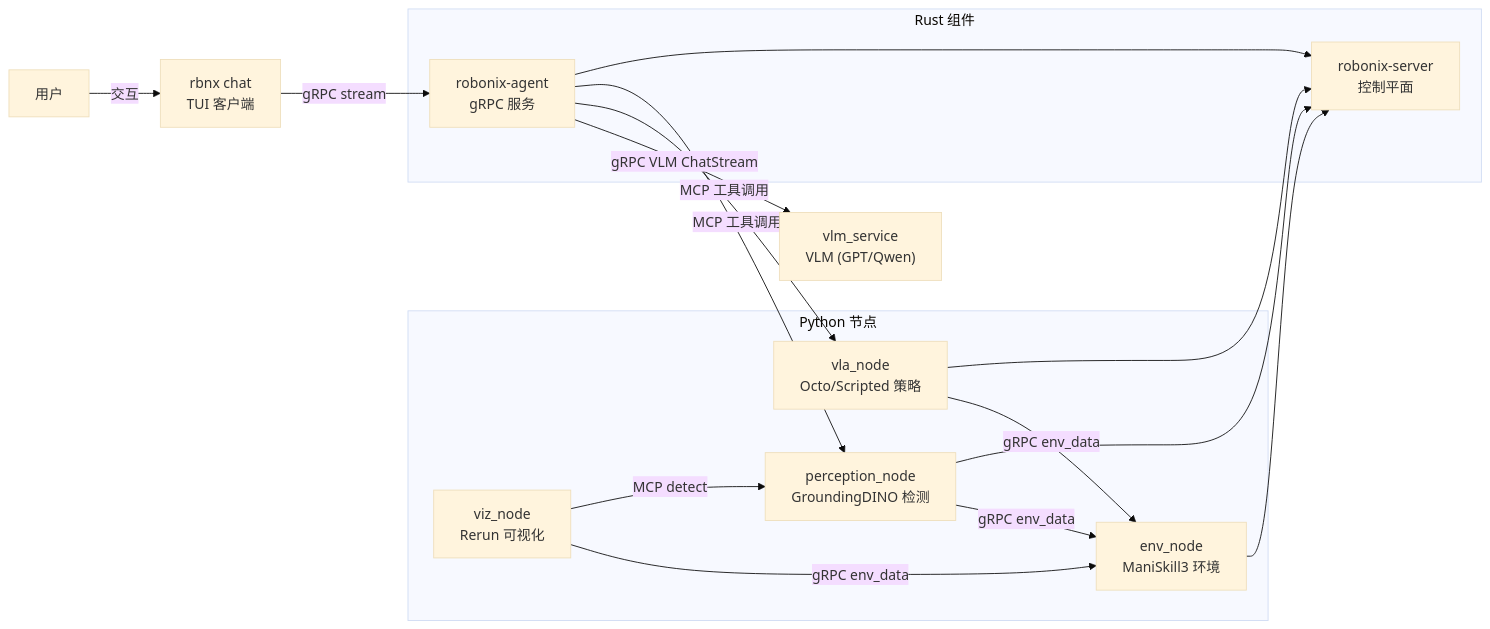
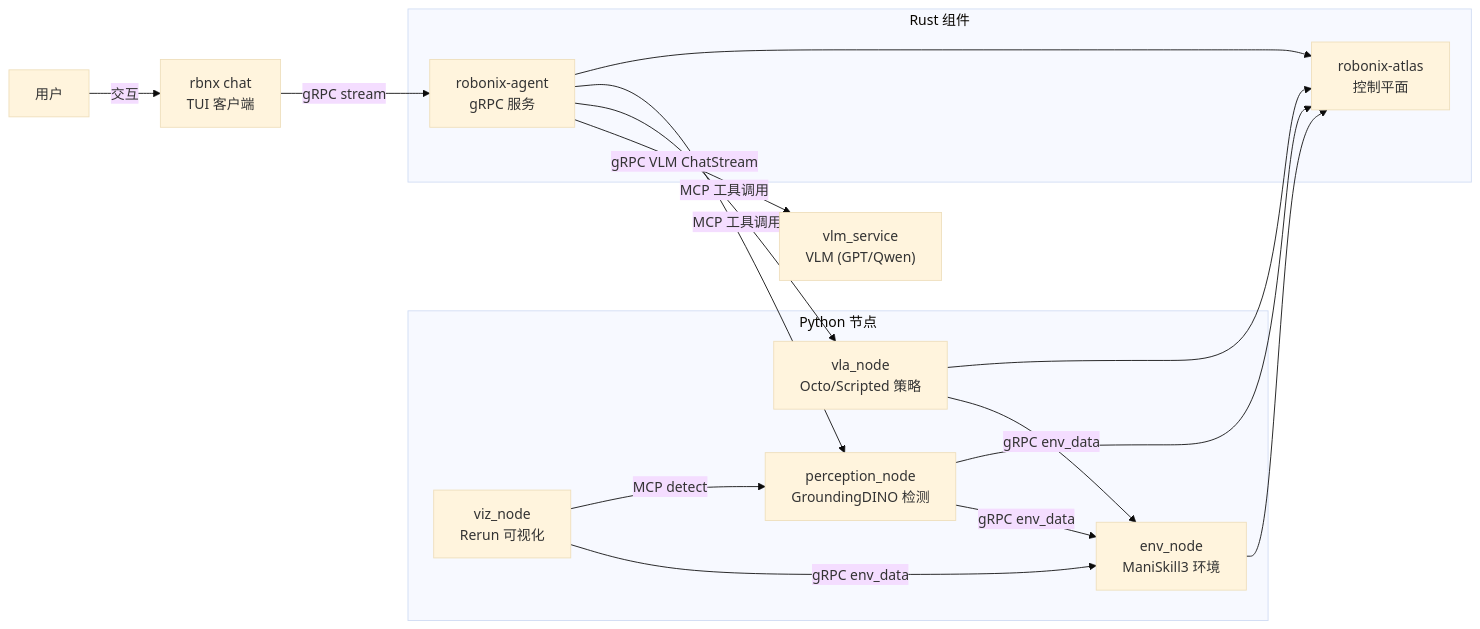
One commit to syswonder/robonix-book changed the diagram in src/getting-started/maniskill-demo.md. Above: the diagram before and after it, drawn with Mermaid. The commit also changed other lines of this file and 27 other files, not shown here.

First line of the commit message:
Update documentation for Robonix architecture and interfaces

````diff
--- a/src/getting-started/maniskill-demo.md
+++ b/src/getting-started/maniskill-demo.md
@@ -9,33 +9,33 @@
 ```mermaid
 %%{init: {'theme': 'base', 'config': {'securityLevel': 'loose'}}}%%
 flowchart LR
     subgraph nodes ["Python 节点"]
         env["env_node<br>ManiSkill3 环境"]
         perception["perception_node<br>GroundingDINO 检测"]
         vla["vla_node<br>Octo/Scripted 策略"]
         viz["viz_node<br>Rerun 可视化"]
     end
 
     subgraph rust ["Rust 组件"]
-        server["robonix-server<br>控制平面"]
+        server["robonix-atlas<br>控制平面"]
         agent["robonix-agent<br>gRPC 服务"]
     end
 
     vlm["vlm_service<br>VLM (GPT/Qwen)"]
     tui["rbnx chat<br>TUI 客户端"]
     user["用户"]
 
     user -->|"交互"| tui
     tui -->|"gRPC stream"| agent
     agent -->|"gRPC VLM ChatStream"| vlm
     agent -->|"MCP 工具调用"| vla
     agent -->|"MCP 工具调用"| perception
     vla -->|"gRPC env_data"| env
     perception -->|"gRPC env_data"| env
     viz -->|"gRPC env_data"| env
     viz -->|"MCP detect"| perception
     env --> server
     perception --> server
     vla --> server
     agent --> server
 ```
````
